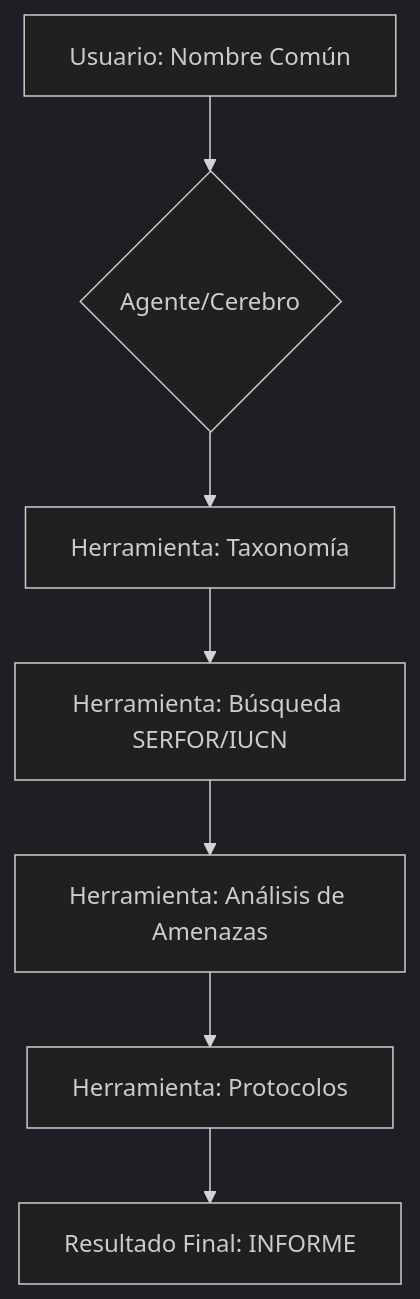
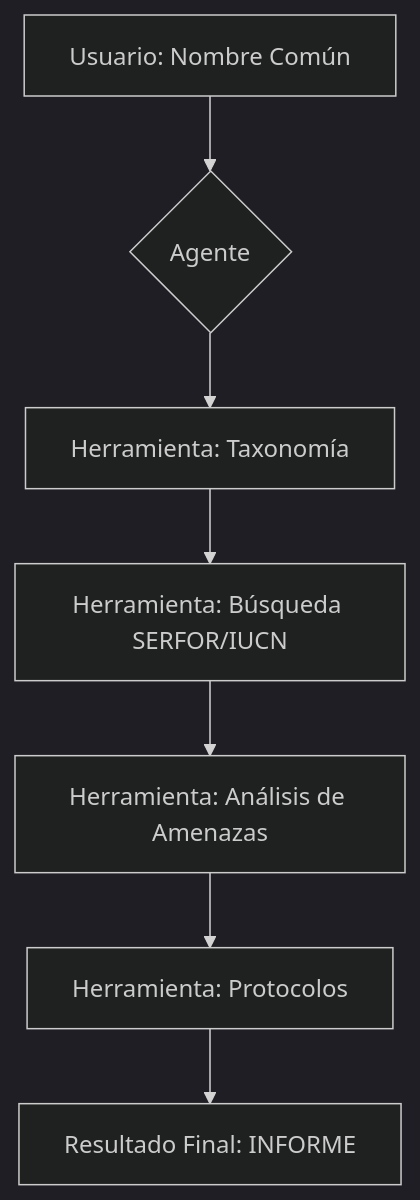
Before and after one commit to daadvisa21/BioReport-Per-: the diagram in README.md, drawn with Mermaid (dark theme). The commit also changed other lines of this file, not shown here.

````diff
--- a/README.md
+++ b/README.md
@@ -41,9 +41,9 @@
 ```mermaid
 graph TD
-    A[Usuario: Nombre Común] --> B{Agente/Cerebro}
+    A[Usuario: Nombre Común] --> B{Agente}
     B --> C[Herramienta: Taxonomía]
     C --> D[Herramienta: Búsqueda SERFOR/IUCN]
     D --> E[Herramienta: Análisis de Amenazas]
     E --> F[Herramienta: Protocolos]
     F --> G[Resultado Final: INFORME]
 ```
````
